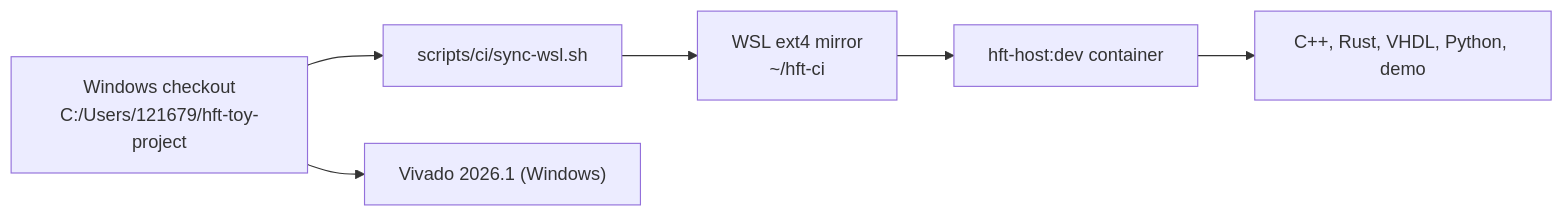
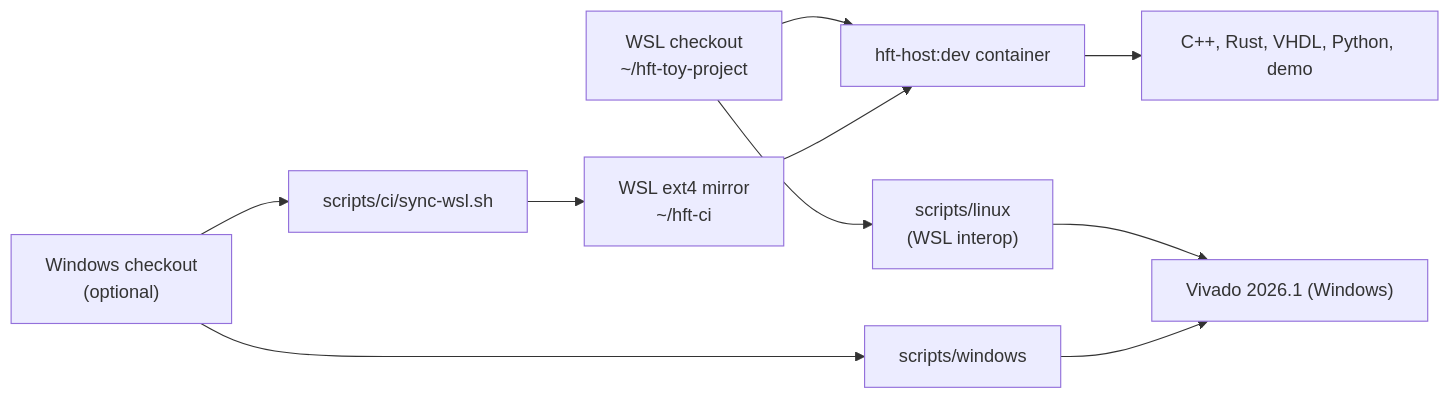
Before and after one commit to ps-chong/hft-toy-project: the diagram in docs/workflow/01-setup.md, drawn with Mermaid. The commit also changed other lines of this file and 16 other files, not shown here.

First line of the commit message:
docs: the WSL checkout and scripts/linux next to the Windows workflow

````diff
--- a/docs/workflow/01-setup.md
+++ b/docs/workflow/01-setup.md
@@ -9,8 +9,12 @@
 ```mermaid
 flowchart LR
-    Clone["Windows checkout<br/>C:/Users/121679/hft-toy-project"] --> Sync["scripts/ci/sync-wsl.sh"]
+    Clone["WSL checkout<br/>~/hft-toy-project"] --> Image["hft-host:dev container"]
+    Image --> Builds["C++, Rust, VHDL, Python, demo"]
+    Clone --> Linux["scripts/linux<br/>(WSL interop)"]
+    Linux --> Vivado["Vivado 2026.1 (Windows)"]
+    WinClone["Windows checkout<br/>(optional)"] --> Sync["scripts/ci/sync-wsl.sh"]
     Sync --> Mirror["WSL ext4 mirror<br/>~/hft-ci"]
-    Mirror --> Image["hft-host:dev container"]
-    Image --> Builds["C++, Rust, VHDL, Python, demo"]
-    Clone --> Vivado["Vivado 2026.1 (Windows)"]
+    Mirror --> Image
+    WinClone --> Windows["scripts/windows"]
+    Windows --> Vivado
 ```
````
